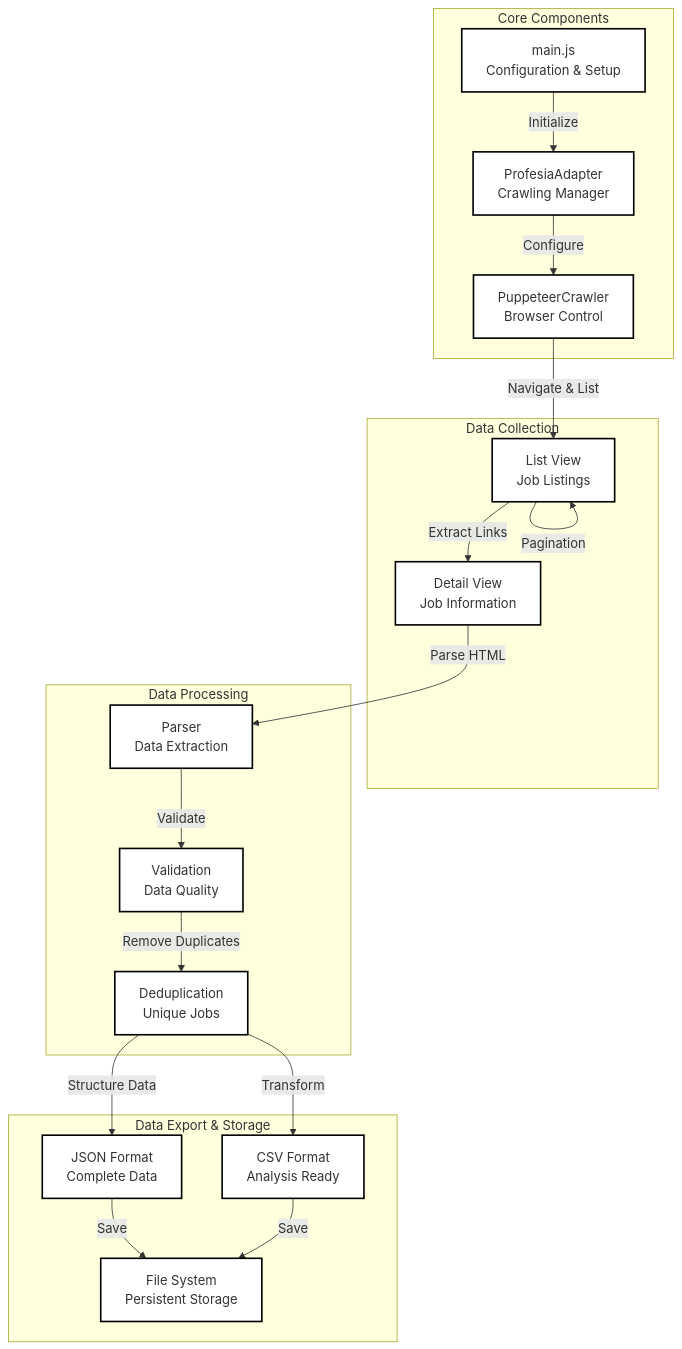
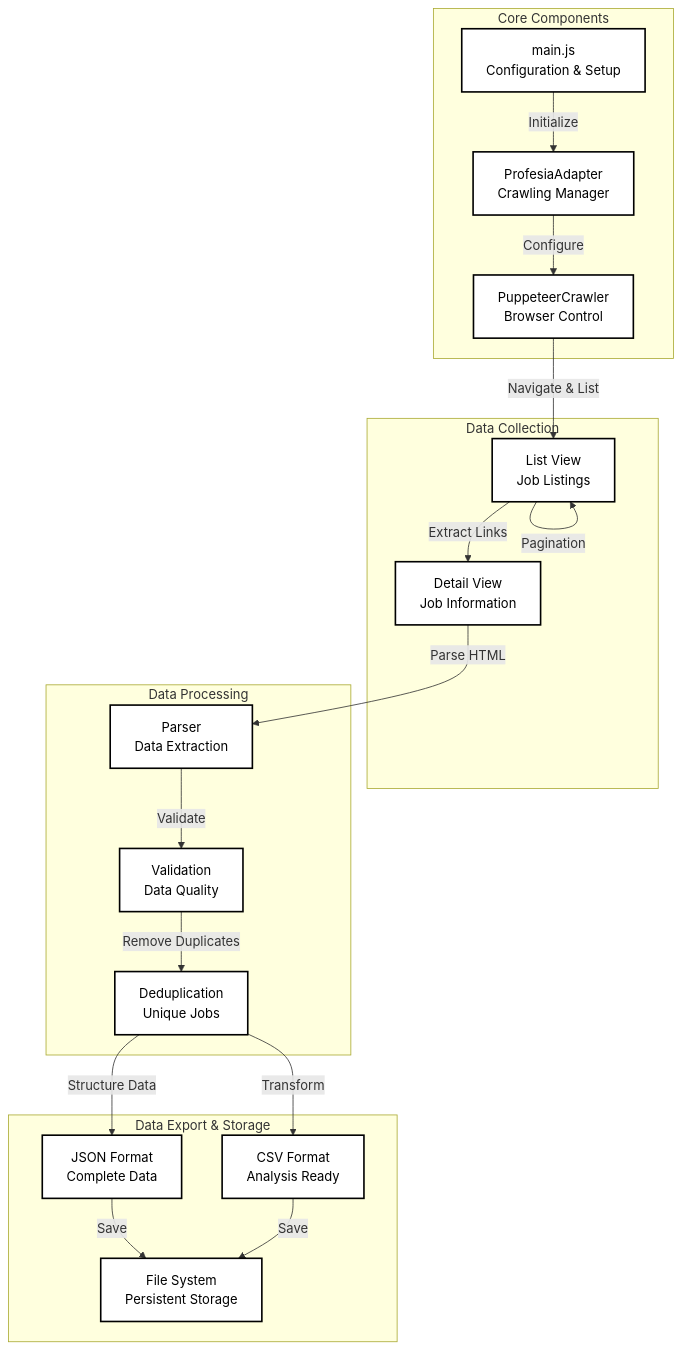
Before and after one commit to ITSsafer-DevOps/job-scraper-itssafer: the first of 2 diagrams in README.md, drawn with Mermaid. The commit also changed 2 other files, not shown here.

Commit message:
Update: Set text color to black in diagrams for better readability

````diff
--- a/README.md
+++ b/README.md
@@ -36,35 +36,35 @@
 ```mermaid
 graph TD
     subgraph Core ["Core Components"]
         A[main.js<br/>Configuration & Setup] --> |Initialize| B[ProfesiaAdapter<br/>Crawling Manager]
         B --> |Configure| C[PuppeteerCrawler<br/>Browser Control]
     end
     
     subgraph Data ["Data Collection"]
         C --> |Navigate & List| D[List View<br/>Job Listings]
         D --> |Extract Links| E[Detail View<br/>Job Information]
         D --> |Pagination| D
     end
     
     subgraph Transform ["Data Processing"]
         E --> |Parse HTML| F[Parser<br/>Data Extraction]
         F --> |Validate| G[Validation<br/>Data Quality]
         G --> |Remove Duplicates| H[Deduplication<br/>Unique Jobs]
     end
     
     subgraph Storage ["Data Export & Storage"]
         H --> |Structure Data| I[JSON Format<br/>Complete Data]
         H --> |Transform| J[CSV Format<br/>Analysis Ready]
         I & J --> |Save| K[File System<br/>Persistent Storage]
     end
     
-    classDef core fill:#ffffff,stroke:#000000,stroke-width:2px
-    classDef data fill:#ffffff,stroke:#000000,stroke-width:2px
-    classDef transform fill:#ffffff,stroke:#000000,stroke-width:2px
-    classDef storage fill:#ffffff,stroke:#000000,stroke-width:2px
+    classDef core fill:#ffffff,stroke:#000000,stroke-width:2px,color:#000000
+    classDef data fill:#ffffff,stroke:#000000,stroke-width:2px,color:#000000
+    classDef transform fill:#ffffff,stroke:#000000,stroke-width:2px,color:#000000
+    classDef storage fill:#ffffff,stroke:#000000,stroke-width:2px,color:#000000
     
     class A,B,C core
     class D,E data
     class F,G,H transform
     class I,J,K storage
 ```
````
